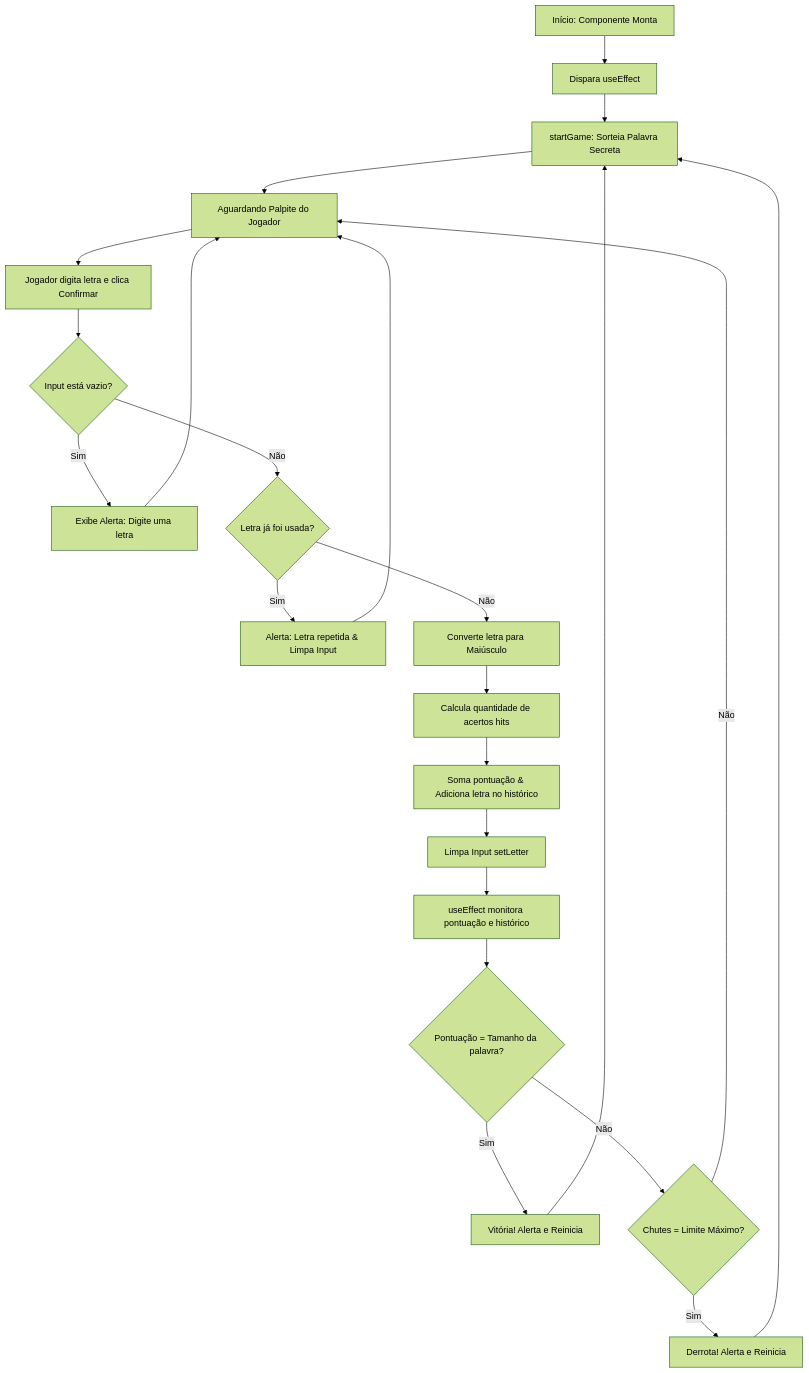
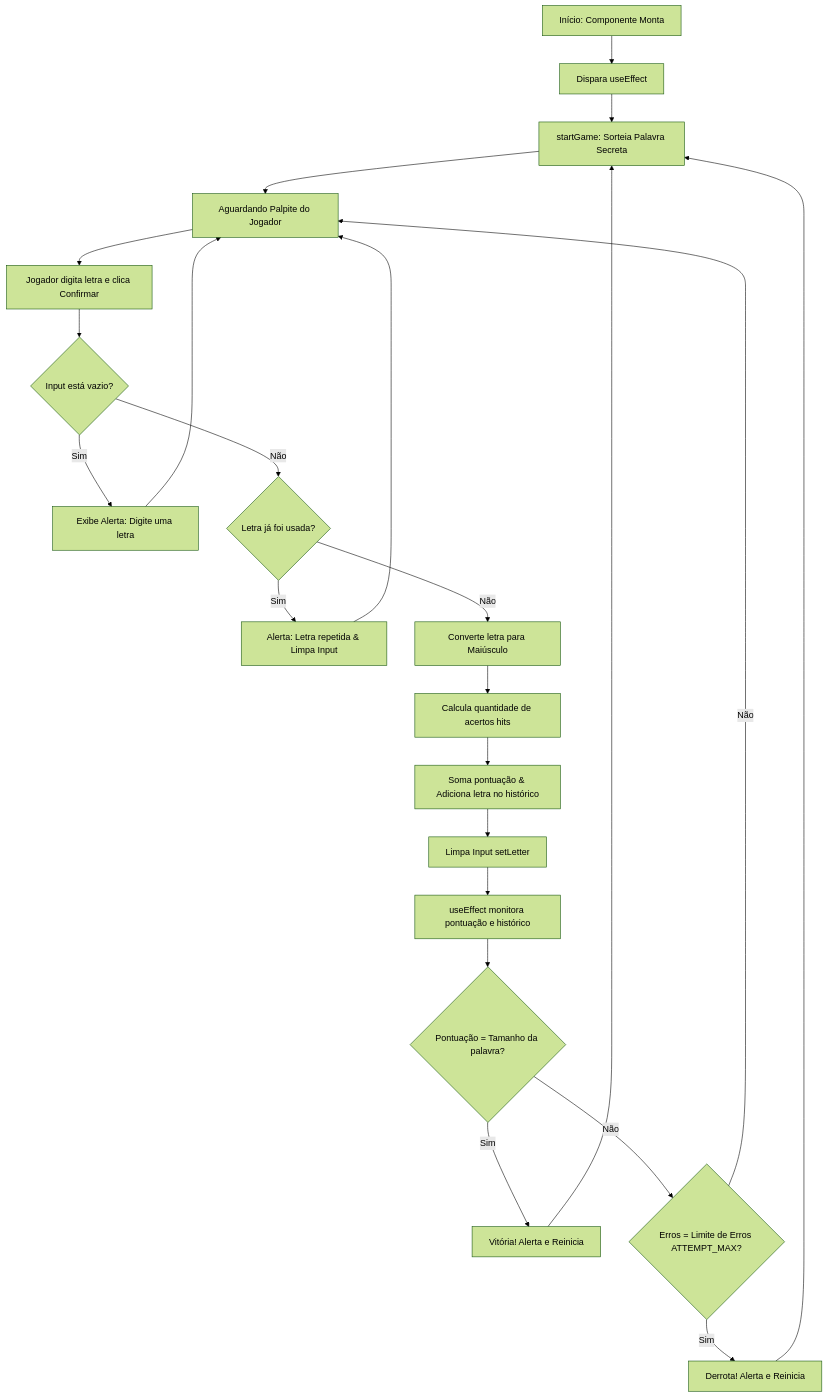
One commit to clara-nascie/jogo-de-adivinhacao changed the diagram in DOCS/fluxo-jogo.md. Above: the diagram before and after it, drawn with Mermaid (forest theme). The commit also changed other lines of this file and 2 other files, not shown here.

Commit message:
feat: switch attempt logic to only count incorrect guesses as errors (#3)

````diff
--- a/DOCS/fluxo-jogo.md
+++ b/DOCS/fluxo-jogo.md
@@ -17,21 +17,21 @@
 ```mermaid
 graph TD
     A[Início: Componente Monta] --> B[Dispara useEffect]
     B --> C[startGame: Sorteia Palavra Secreta]
     C --> D[Aguardando Palpite do Jogador]
     D --> E[Jogador digita letra e clica Confirmar]
     E --> F{Input está vazio?}
     F -- Sim --> G[Exibe Alerta: Digite uma letra] --> D
     F -- Não --> H{Letra já foi usada?}
     H -- Sim --> I[Alerta: Letra repetida & Limpa Input] --> D
     H -- Não --> J[Converte letra para Maiúsculo]
     J --> K[Calcula quantidade de acertos hits]
     K --> L[Soma pontuação & Adiciona letra no histórico]
     L --> M[Limpa Input setLetter]
     M --> N[useEffect monitora pontuação e histórico]
     N --> O{Pontuação = Tamanho da palavra?}
     O -- Sim --> P[Vitória! Alerta e Reinicia] --> C
-    O -- Não --> Q{Chutes = Limite Máximo?}
+    O -- Não --> Q{Erros = Limite de Erros ATTEMPT_MAX?}
     Q -- Sim --> R[Derrota! Alerta e Reinicia] --> C
     Q -- Não --> D
 ```
````
